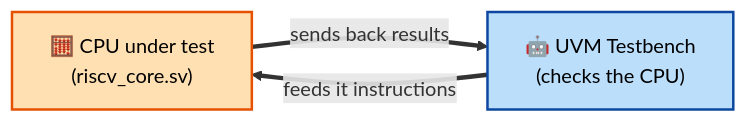
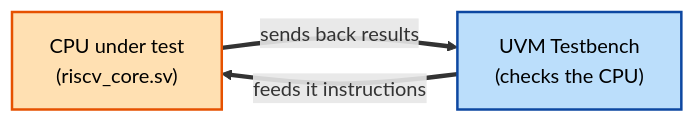
Before and after one commit to hjsanjana/riscv-uvm-pipeline: the first of 10 diagrams in README.md, drawn with Mermaid. The commit also changed other lines of this file, not shown here.

Commit message:
Remove emoji from README, keep colors and diagrams

````diff
--- a/README.md
+++ b/README.md
@@ -44,10 +44,10 @@
 ```mermaid
 flowchart LR
-    A["🧮 CPU under test<br/>(riscv_core.sv)"]:::dut
-    B["🤖 UVM Testbench<br/>(checks the CPU)"]:::tb
+    A["CPU under test<br/>(riscv_core.sv)"]:::dut
+    B["UVM Testbench<br/>(checks the CPU)"]:::tb
     B == "feeds it instructions" ==> A
     A == "sends back results" ==> B
 
     classDef dut fill:#ffe0b2,stroke:#e65100,stroke-width:2px,color:#000
     classDef tb fill:#bbdefb,stroke:#0d47a1,stroke-width:2px,color:#000
 ```
````
